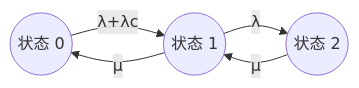
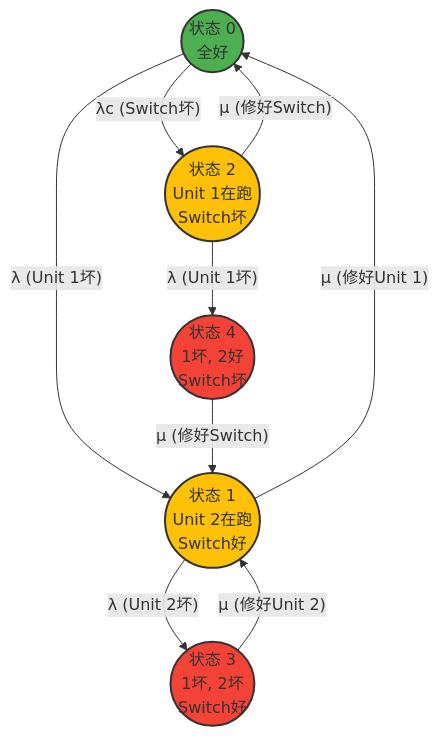
Before and after one commit to crashingby/homepage: the second of 8 diagrams in src/content/blog/Fault-Tolerance-system/2023年.md, drawn with Mermaid. The commit also changed other lines of this file, not shown here.

````diff
--- a/src/content/blog/Fault-Tolerance-system/2023年.md
+++ b/src/content/blog/Fault-Tolerance-system/2023年.md
@@ -448,7 +457,21 @@
 ```mermaid
-graph LR
-    S0((状态 0)) -- "λ+λc" --> S1((状态 1))
-    S1 -- "λ" --> S2((状态 2))
-    S2 -- "μ" --> S1
-    S1 -- "μ" --> S0
+graph TD
+    S0((状态 0<br>全好)) -- "λ (Unit 1坏)" --> S1((状态 1<br>Unit 2在跑<br>Switch好))
+    S0 -- "λc (Switch坏)" --> S2((状态 2<br>Unit 1在跑<br>Switch坏))
+    
+    S1 -- "λ (Unit 2坏)" --> S3((状态 3<br>1坏, 2坏<br>Switch好))
+    S2 -- "λ (Unit 1坏)" --> S4((状态 4<br>1坏, 2好<br>Switch坏))
+    
+    %% 修复路径
+    S3 -- "μ (修好Unit 2)" --> S1
+    S4 -- "μ (修好Switch)" --> S1
+    
+    S1 -- "μ (修好Unit 1)" --> S0
+    S2 -- "μ (修好Switch)" --> S0
+
+    style S0 fill:#4CAF50,stroke:#333,stroke-width:2px;
+    style S1 fill:#FFC107,stroke:#333,stroke-width:2px;
+    style S2 fill:#FFC107,stroke:#333,stroke-width:2px;
+    style S3 fill:#F44336,stroke:#333,stroke-width:2px;
+    style S4 fill:#F44336,stroke:#333,stroke-width:2px;
 ```
````
